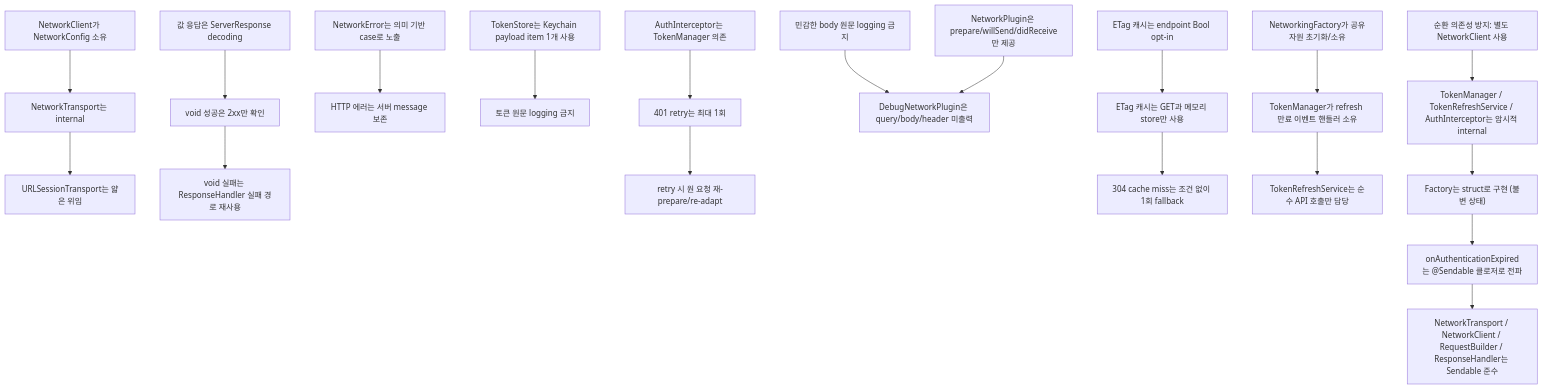
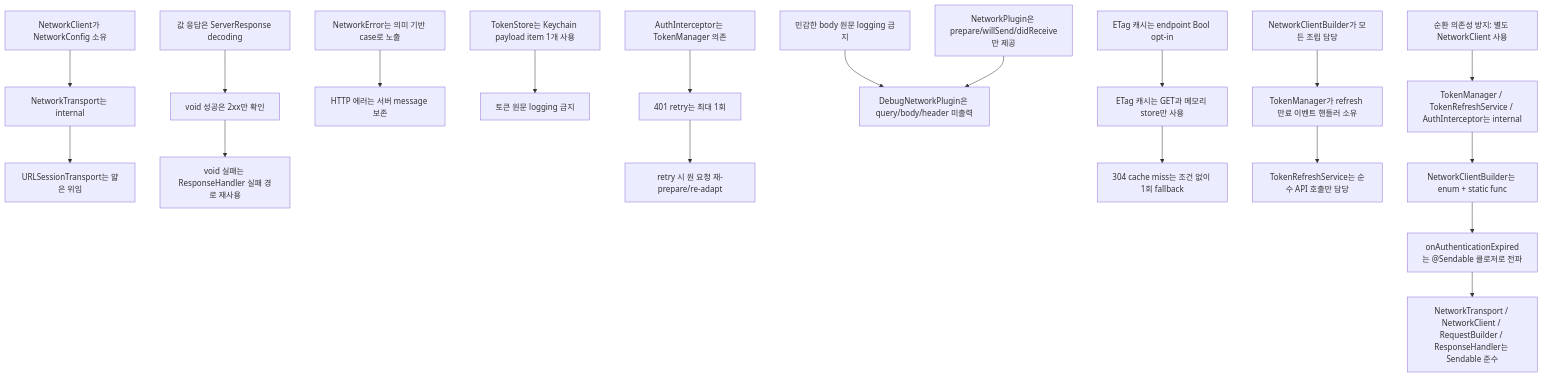
Before and after one commit to mediunn/Livith-iOS: the eighth of 8 diagrams in Projects/LivithNetworking/README.md, drawn with Mermaid. The commit also changed other lines of this file and 7 other files, not shown here.

````diff
--- a/Projects/LivithNetworking/README.md
+++ b/Projects/LivithNetworking/README.md
@@ -539,41 +490,41 @@
 ```mermaid
 flowchart TD
     A[NetworkClient가 NetworkConfig 소유]
     B[NetworkTransport는 internal]
     C[URLSessionTransport는 얇은 위임]
     D[값 응답은 ServerResponse decoding]
     E[void 성공은 2xx만 확인]
     F[void 실패는 ResponseHandler 실패 경로 재사용]
     G[민감한 body 원문 logging 금지]
     H[NetworkError는 의미 기반 case로 노출]
     I[HTTP 에러는 서버 message 보존]
     J[TokenStore는 Keychain payload item 1개 사용]
     K[토큰 원문 logging 금지]
     L[AuthInterceptor는 TokenManager 의존]
     M[401 retry는 최대 1회]
     N[retry 시 원 요청 재-prepare/re-adapt]
     O[NetworkPlugin은 prepare/willSend/didReceive만 제공]
     P[DebugNetworkPlugin은 query/body/header 미출력]
     Q[ETag 캐시는 endpoint Bool opt-in]
     R[ETag 캐시는 GET과 메모리 store만 사용]
     S[304 cache miss는 조건 없이 1회 fallback]
-    T["NetworkingFactory가 공유자원 초기화/소유"]
+    T["NetworkClientBuilder가 모든 조립 담당"]
     U["TokenManager가 refresh 만료 이벤트 핸들러 소유"]
     V["TokenRefreshService는 순수 API 호출만 담당"]
     W["순환 의존성 방지: 별도 NetworkClient 사용"]
-    X["TokenManager / TokenRefreshService / AuthInterceptor는 암시적 internal"]
-    Y["Factory는 struct로 구현 (불변 상태)"]
+    X["TokenManager / TokenRefreshService / AuthInterceptor는 internal"]
+    Y["NetworkClientBuilder는 enum + static func"]
     Z["onAuthenticationExpired는 @Sendable 클로저로 전파"]
     a1["NetworkTransport / NetworkClient / RequestBuilder / ResponseHandler는 Sendable 준수"]
 
     A --> B --> C
     D --> E --> F
     G --> P
     H --> I
     J --> K
     L --> M --> N
     O --> P
     Q --> R --> S
     T --> U --> V
     W --> X --> Y --> Z --> a1
 ```
````
